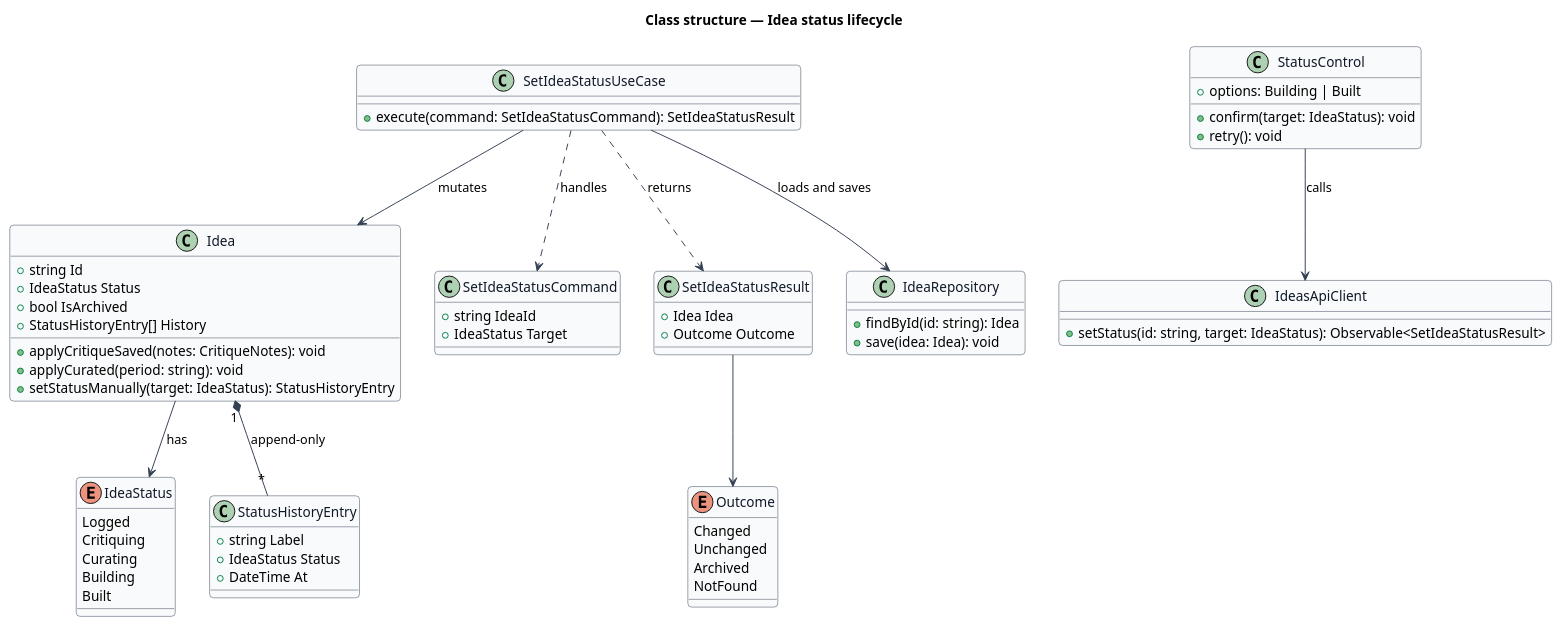
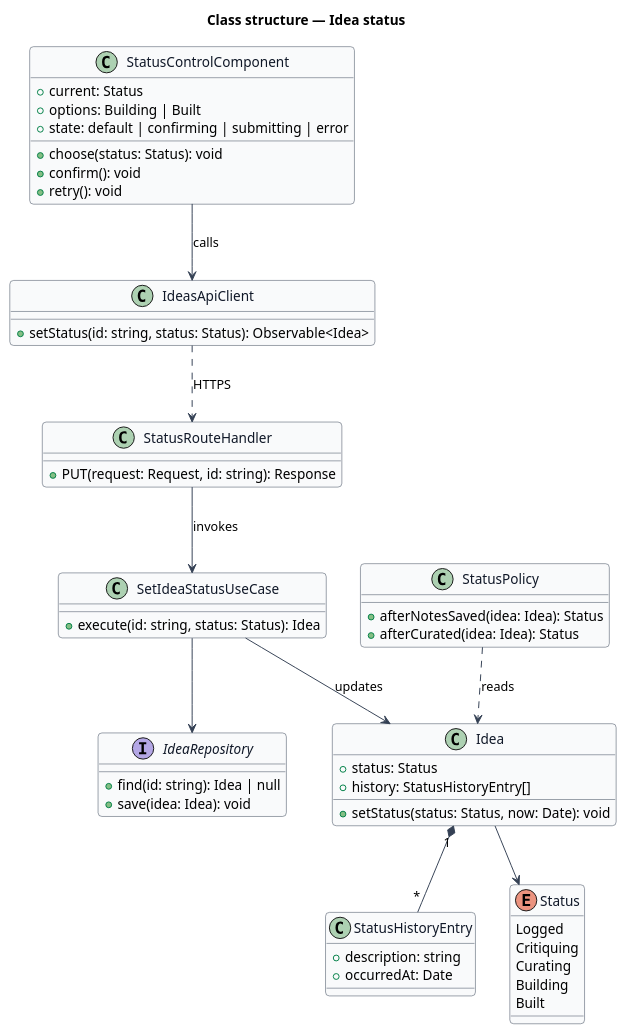
Before and after one commit to QuinntyneBrown/cullr: the diagram in docs/detailed-designs/ideas/idea-status/diagrams/class-structure.puml, drawn with PlantUML. The commit also changed 15 other files, not shown here.

Commit message:
Add bulk-select-ideas design; revise idea-status design

```diff
--- a/docs/detailed-designs/ideas/idea-status/diagrams/class-structure.puml
+++ b/docs/detailed-designs/ideas/idea-status/diagrams/class-structure.puml
@@ -1,82 +1,63 @@
 @startuml
 skinparam backgroundColor #FFFFFF
 skinparam shadowing false
 skinparam roundcorner 8
 skinparam defaultFontName Arial
 skinparam ArrowColor #344054
 skinparam class {
   BorderColor #344054
   FontColor #101828
   BackgroundColor #F9FAFB
 }
-title Class structure — Idea status lifecycle
+title Class structure — Idea status
 
-enum IdeaStatus {
+class StatusControlComponent {
+  +current: Status
+  +options: Building | Built
+  +state: default | confirming | submitting | error
+  +choose(status: Status): void
+  +confirm(): void
+  +retry(): void
+}
+class IdeasApiClient {
+  +setStatus(id: string, status: Status): Observable<Idea>
+}
+class StatusRouteHandler {
+  +PUT(request: Request, id: string): Response
+}
+class SetIdeaStatusUseCase {
+  +execute(id: string, status: Status): Idea
+}
+class Idea {
+  +status: Status
+  +history: StatusHistoryEntry[]
+  +setStatus(status: Status, now: Date): void
+}
+class StatusHistoryEntry {
+  +description: string
+  +occurredAt: Date
+}
+class StatusPolicy {
+  +afterNotesSaved(idea: Idea): Status
+  +afterCurated(idea: Idea): Status
+}
+enum Status {
   Logged
   Critiquing
   Curating
   Building
   Built
 }
-
-class Idea {
-  +string Id
-  +IdeaStatus Status
-  +bool IsArchived
-  +StatusHistoryEntry[] History
-  +applyCritiqueSaved(notes: CritiqueNotes): void
-  +applyCurated(period: string): void
-  +setStatusManually(target: IdeaStatus): StatusHistoryEntry
-}
-
-class StatusHistoryEntry {
-  +string Label
-  +IdeaStatus Status
-  +DateTime At
-}
-
-class SetIdeaStatusCommand {
-  +string IdeaId
-  +IdeaStatus Target
-}
-
-class SetIdeaStatusUseCase {
-  +execute(command: SetIdeaStatusCommand): SetIdeaStatusResult
-}
-
-class SetIdeaStatusResult {
-  +Idea Idea
-  +Outcome Outcome
-}
-
-enum Outcome {
-  Changed
-  Unchanged
-  Archived
-  NotFound
-}
-
-class IdeaRepository {
-  +findById(id: string): Idea
+interface IdeaRepository {
+  +find(id: string): Idea | null
   +save(idea: Idea): void
 }
-
-class StatusControl {
-  +options: Building | Built
-  +confirm(target: IdeaStatus): void
-  +retry(): void
-}
-
-class IdeasApiClient {
-  +setStatus(id: string, target: IdeaStatus): Observable<SetIdeaStatusResult>
-}
-
-Idea --> IdeaStatus : has
-Idea "1" *-- "*" StatusHistoryEntry : append-only
-SetIdeaStatusUseCase ..> SetIdeaStatusCommand : handles
-SetIdeaStatusUseCase --> IdeaRepository : loads and saves
-SetIdeaStatusUseCase --> Idea : mutates
-SetIdeaStatusUseCase ..> SetIdeaStatusResult : returns
-SetIdeaStatusResult --> Outcome
-StatusControl --> IdeasApiClient : calls
+StatusControlComponent --> IdeasApiClient : calls
+IdeasApiClient ..> StatusRouteHandler : HTTPS
+StatusRouteHandler --> SetIdeaStatusUseCase : invokes
+SetIdeaStatusUseCase --> Idea : updates
+SetIdeaStatusUseCase --> IdeaRepository
+Idea "1" *-- "*" StatusHistoryEntry
+Idea --> Status
+StatusPolicy ..> Idea : reads
 @enduml
```
